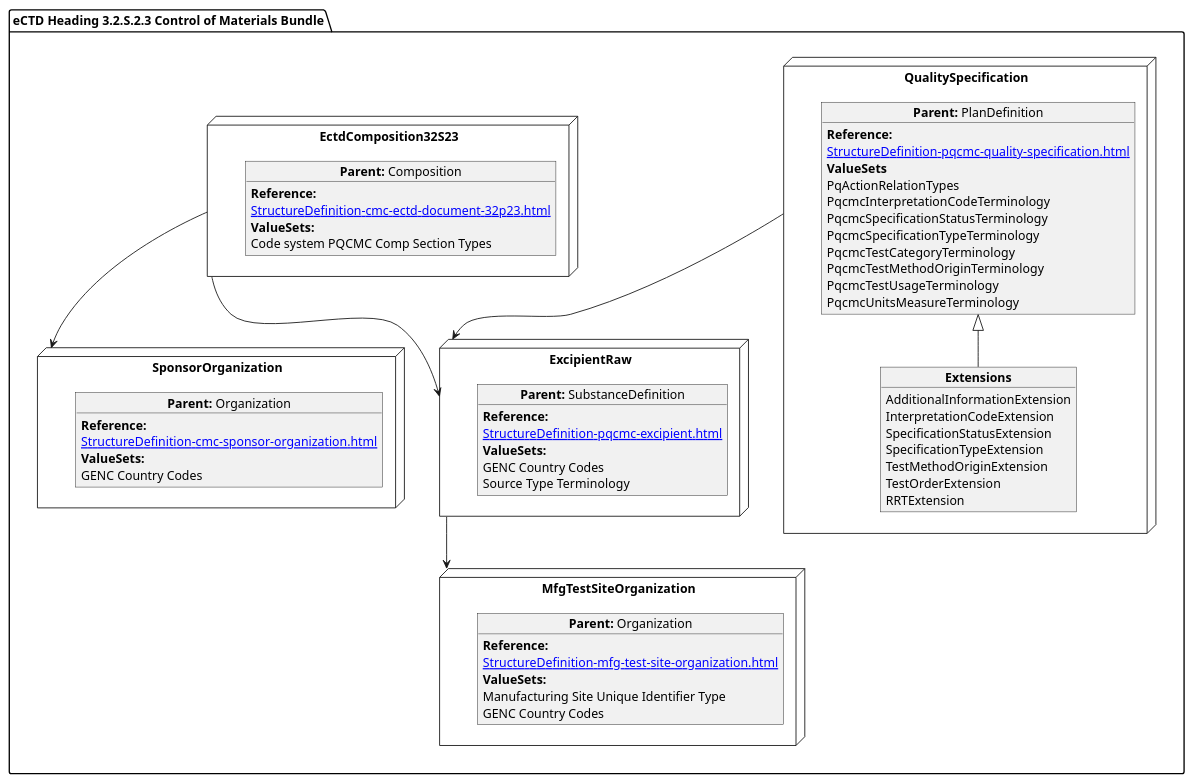
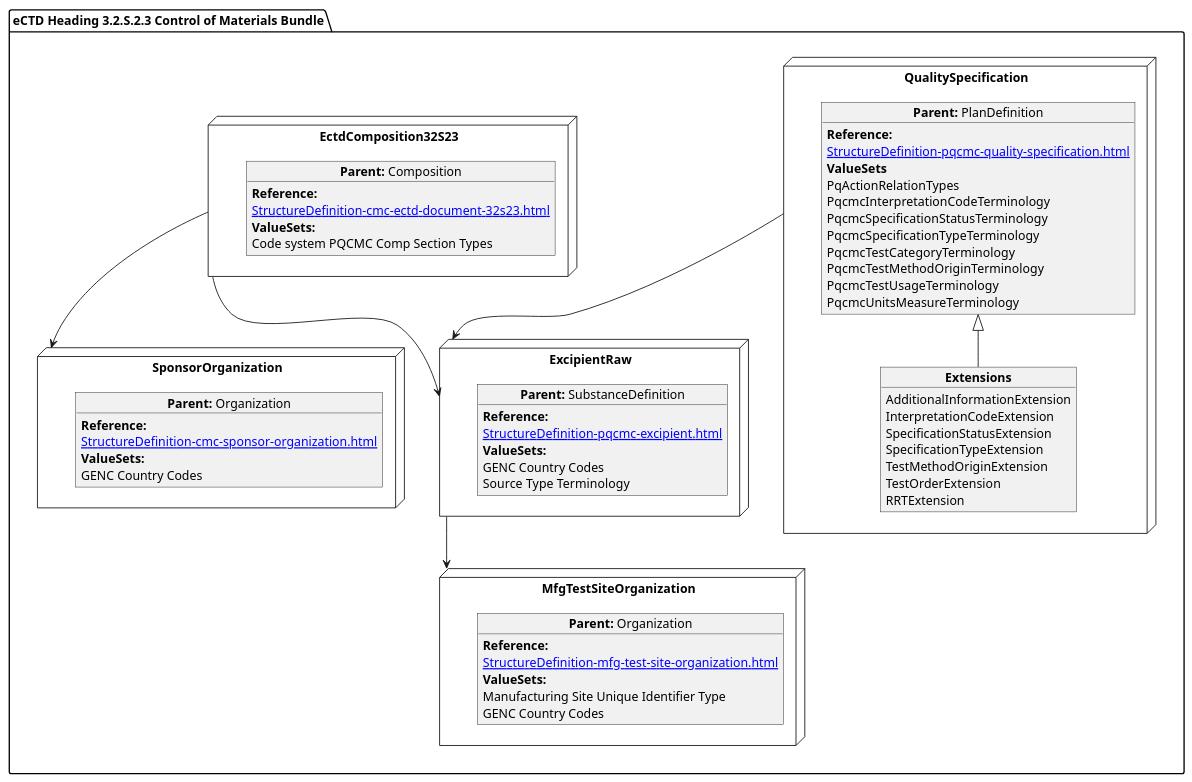
One commit to HL7/FHIR-us-pq-cmc-fda changed the diagram in input/images-source/SubstanceControlMat.plantuml. Above: the diagram before and after it, drawn with PlantUML. The commit also changed 26 other files, not shown here.

```diff
--- a/input/images-source/SubstanceControlMat.plantuml
+++ b/input/images-source/SubstanceControlMat.plantuml
@@ -1,74 +1,74 @@
 @startuml
 allowmixing
 'Mixed model of use case and object
 package "eCTD Heading 3.2.S.2.3 Control of Materials Bundle" as NODES {
   
   node "QualitySpecification" as N2 { 
       object "**Parent:** PlanDefinition" as obj2 {
           **Reference:**
       [[StructureDefinition-pqcmc-quality-specification.html]]
         **ValueSets**
         PqActionRelationTypes
         PqcmcInterpretationCodeTerminology
         PqcmcSpecificationStatusTerminology
         PqcmcSpecificationTypeTerminology
         PqcmcTestCategoryTerminology
         PqcmcTestMethodOriginTerminology
         PqcmcTestUsageTerminology
         PqcmcUnitsMeasureTerminology
     }
         object "**Extensions**" as objQSEx {
         AdditionalInformationExtension
         InterpretationCodeExtension
         SpecificationStatusExtension
         SpecificationTypeExtension
         TestMethodOriginExtension
         TestOrderExtension
         RRTExtension
     }
     obj2 <|-- objQSEx
 }
   node "EctdComposition32S23" as N1 { 
       object "**Parent:** Composition" as obj1 {
           **Reference:**
-      [[StructureDefinition-cmc-ectd-document-32p23.html]]
+      [[StructureDefinition-cmc-ectd-document-32s23.html]]
       **ValueSets:**
   Code system PQCMC Comp Section Types
     }
 }
 
  node "SponsorOrganization" as NSO { 
       object "**Parent:** Organization" as objAu {
        **Reference:**
       [[StructureDefinition-cmc-sponsor-organization.html]]
         **ValueSets:**
         GENC Country Codes
     }
 } 
   node "ExcipientRaw" as N21 { 
       object "**Parent:** SubstanceDefinition" as obj22 {
           **Reference:**
       [[StructureDefinition-pqcmc-excipient.html]]
         **ValueSets:**
           GENC Country Codes
           Source Type Terminology
     }
 }
 node "MfgTestSiteOrganization" as N21mfg { 
     object "**Parent:** Organization" as objTS  {
         **Reference:**
       [[StructureDefinition-mfg-test-site-organization.html]]
         **ValueSets:**
          Manufacturing Site Unique Identifier Type
          GENC Country Codes
     }
 }
 
  
 
 N1 --> N21
 N2 --> N21
 N1 --> NSO
 N21 --> N21mfg
 }
 @enduml
```
